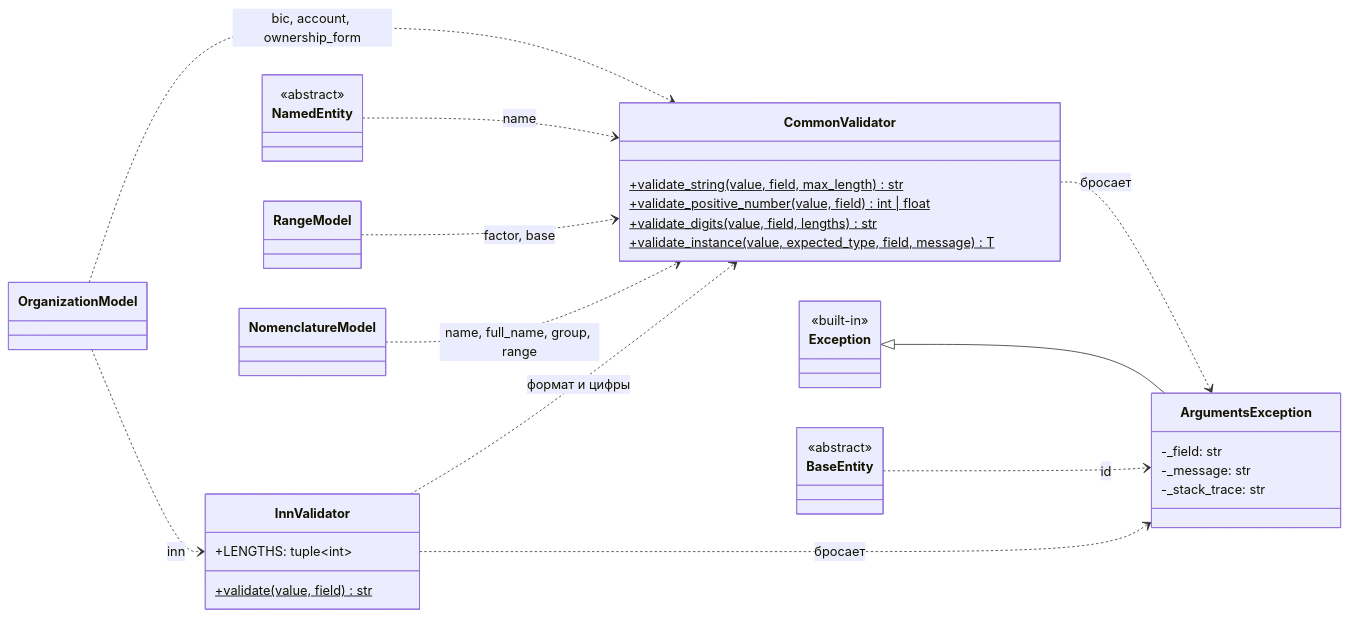
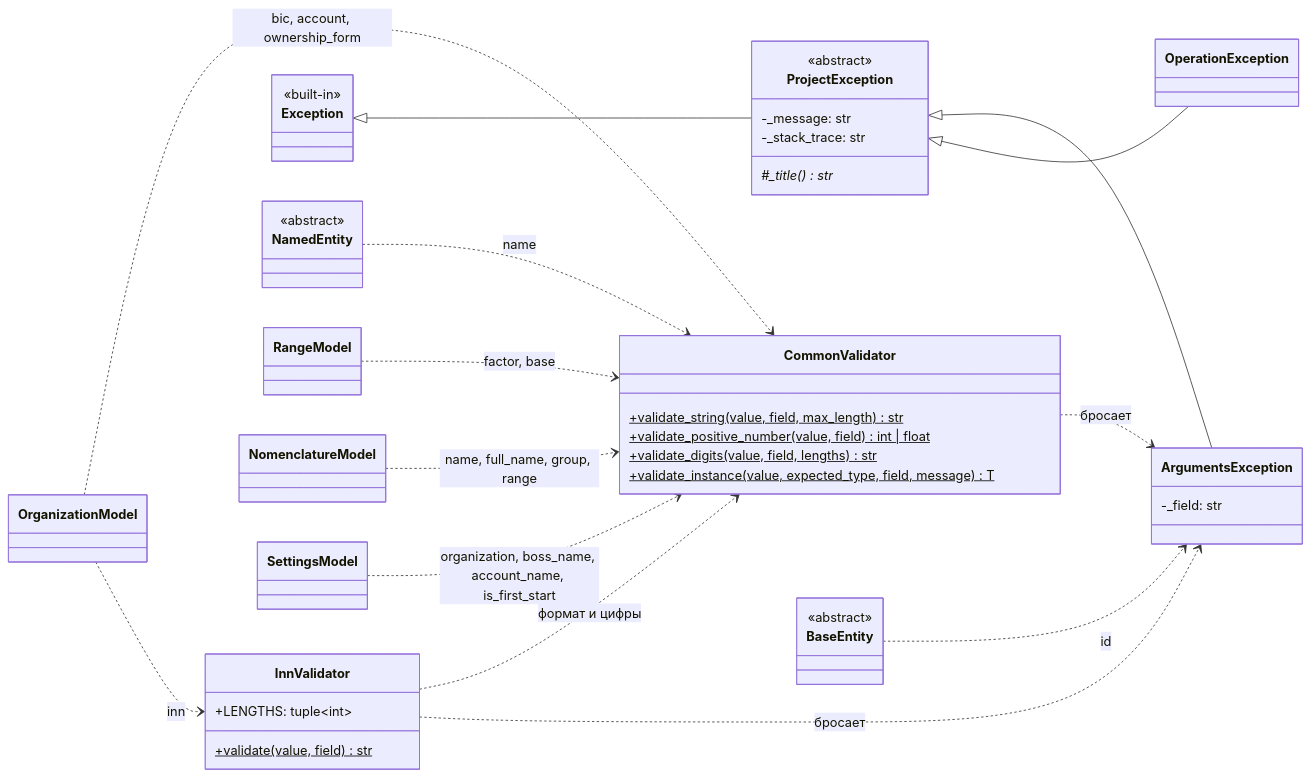
One commit to asutenshi/design-patterns changed the second of 4 diagrams in Docs/ClassDiagram.md. Above: the diagram before and after it, drawn with Mermaid. The commit also changed other lines of this file, not shown here.

Commit message:
docs: add manager and exception diagrams to ClassDiagram

````diff
--- a/Docs/ClassDiagram.md
+++ b/Docs/ClassDiagram.md
@@ -80,49 +91,60 @@
 ```mermaid
 classDiagram
     direction LR
 
     class CommonValidator {
         +validate_string(value, field, max_length)$ str
         +validate_positive_number(value, field)$ int | float
         +validate_digits(value, field, lengths)$ str
         +validate_instance(value, expected_type, field, message)$ T
     }
 
     class InnValidator {
         +LENGTHS: tuple~int~
         +validate(value, field)$ str
     }
 
+    class ProjectException {
+        <<abstract>>
+        -_message: str
+        -_stack_trace: str
+        #_title()* str
+    }
+
     class ArgumentsException {
         -_field: str
-        -_message: str
-        -_stack_trace: str
     }
+
+    class OperationException
 
     class Exception {
         <<built-in>>
     }
 
     class NamedEntity {
         <<abstract>>
     }
 
     class BaseEntity {
         <<abstract>>
     }
 
     class RangeModel
     class NomenclatureModel
     class OrganizationModel
+    class SettingsModel
 
-    Exception <|-- ArgumentsException
+    Exception <|-- ProjectException
+    ProjectException <|-- ArgumentsException
+    ProjectException <|-- OperationException
     InnValidator ..> CommonValidator : формат и цифры
     CommonValidator ..> ArgumentsException : бросает
     InnValidator ..> ArgumentsException : бросает
     BaseEntity ..> ArgumentsException : id
     NamedEntity ..> CommonValidator : name
     RangeModel ..> CommonValidator : factor, base
     NomenclatureModel ..> CommonValidator : name, full_name, group, range
     OrganizationModel ..> CommonValidator : bic, account, ownership_form
     OrganizationModel ..> InnValidator : inn
+    SettingsModel ..> CommonValidator : organization, boss_name, account_name, is_first_start
 ```
````
